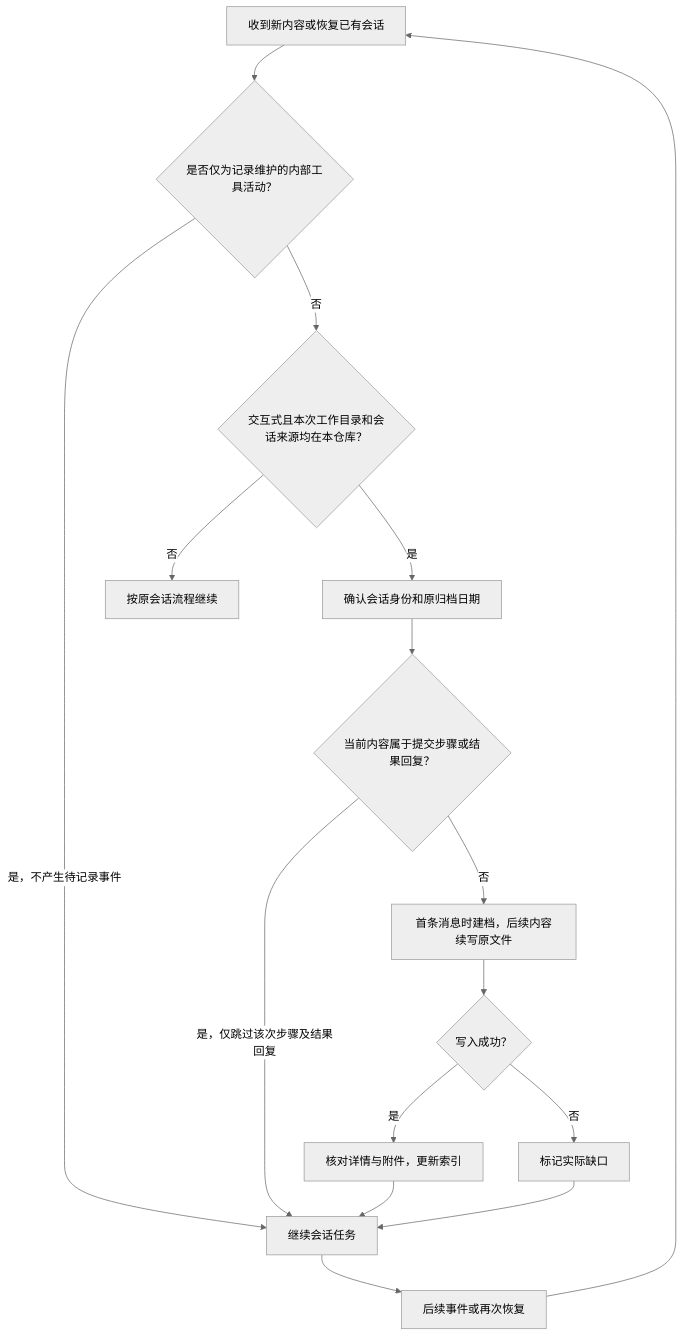
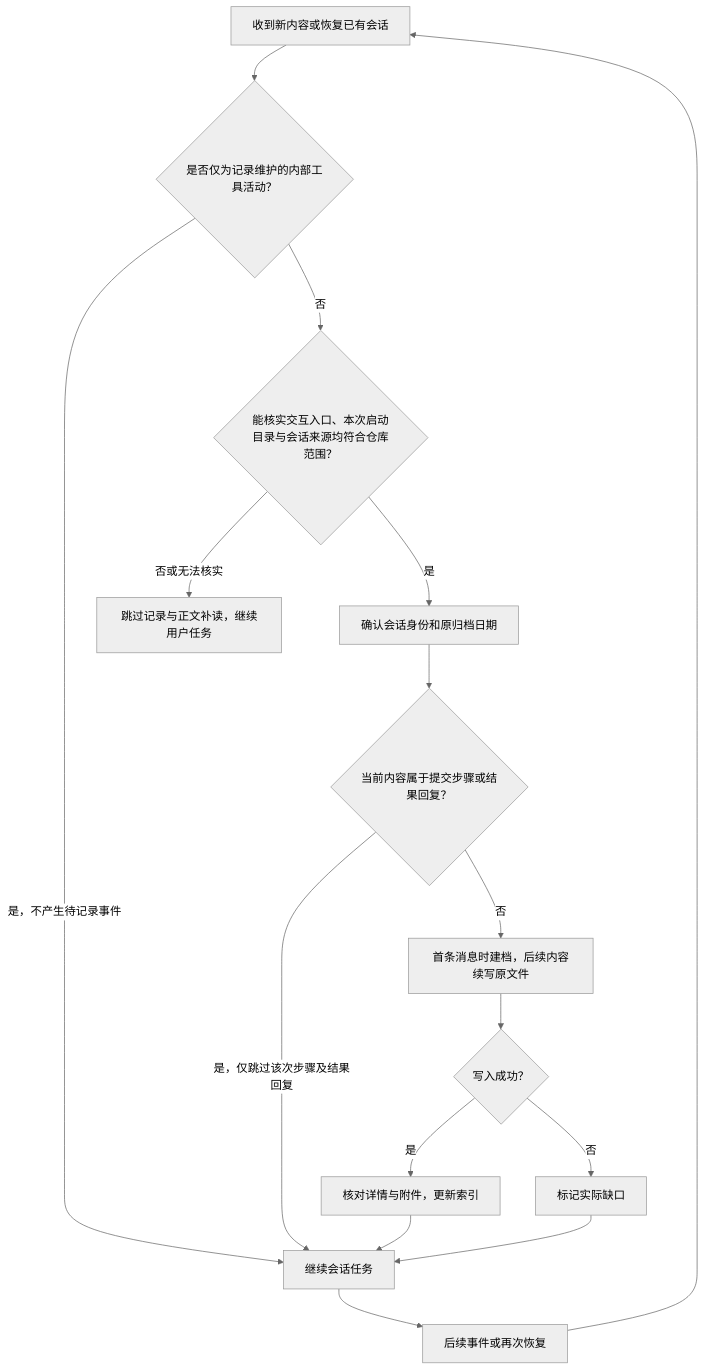
The first of 4 diagrams in specs/skills/002-conversation-to-skill/diagrams.md (Ena-Heleneto/agent-foundry), drawn with Mermaid (neutral theme) before and after one commit. The commit also changed 99 other files, not shown here.

````diff
--- a/specs/skills/002-conversation-to-skill/diagrams.md
+++ b/specs/skills/002-conversation-to-skill/diagrams.md
@@ -7,18 +7,18 @@
 ```mermaid
 flowchart TD
     A["收到新内容或恢复已有会话"] --> R{"是否仅为记录维护的内部工具活动？"}
     R -->|是，不产生待记录事件| G
-    R -->|否| I{"交互式且本次工作目录和会话来源均在本仓库？"}
+    R -->|否| I{"能核实交互入口、本次启动目录与会话来源均符合仓库范围？"}
     I -->|是| B["确认会话身份和原归档日期"]
-    I -->|否| J["按原会话流程继续"]
+    I -->|否或无法核实| J["跳过记录与正文补读，继续用户任务"]
     B --> K{"当前内容属于提交步骤或结果回复？"}
     K -->|是，仅跳过该次步骤及结果回复| G
     K -->|否| C["首条消息时建档，后续内容续写原文件"]
     C --> D{"写入成功？"}
     D -->|是| E["核对详情与附件，更新索引"]
     D -->|否| F["标记实际缺口"]
     E --> G["继续会话任务"]
     F --> G
     G --> H["后续事件或再次恢复"]
     H --> A
 ```
````
